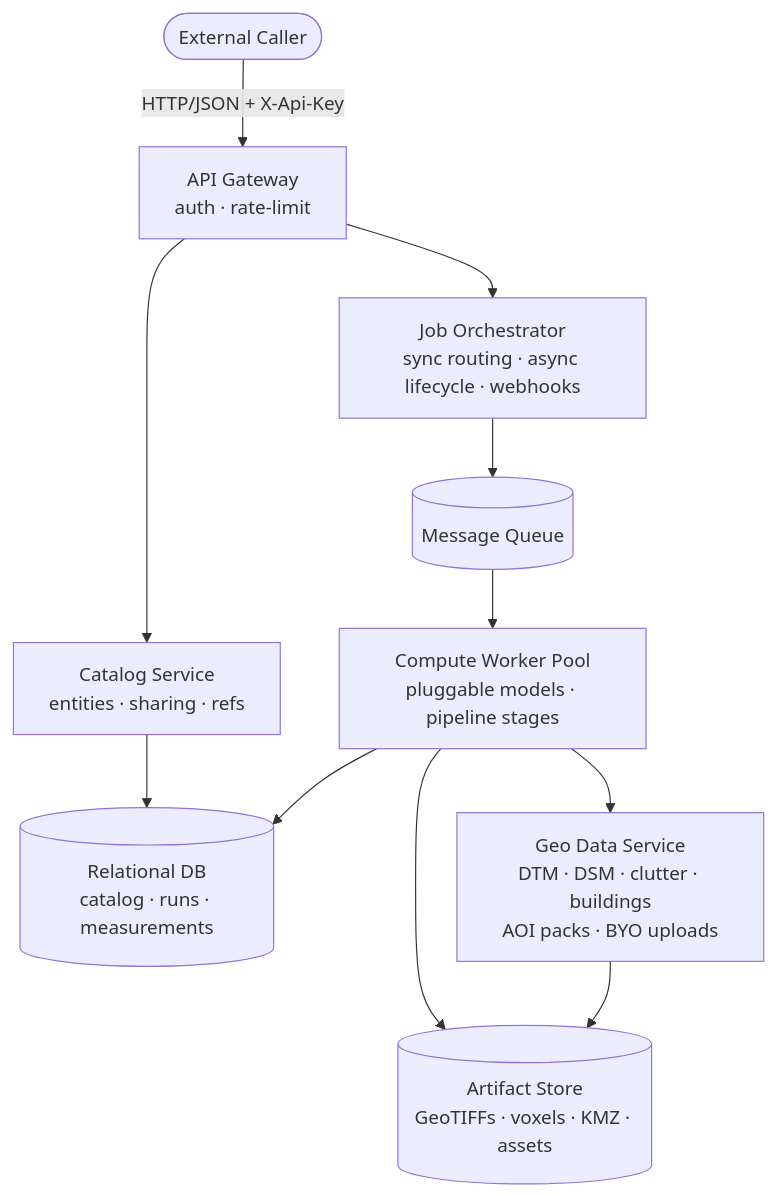
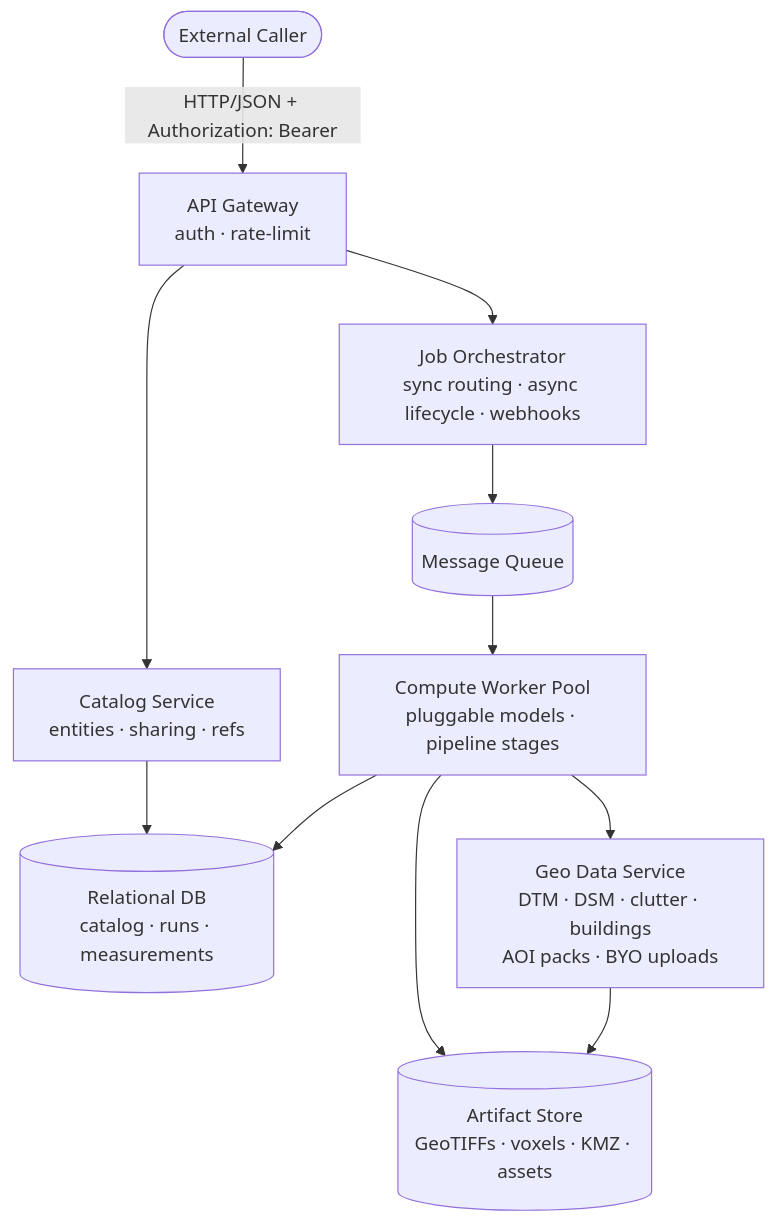
The first of 9 diagrams in docs/superpowers/specs/2026-04-25-rf-site-planning-api-design.md (larry-watkins-wps/RfAnalyzerAPI), drawn with Mermaid before and after one commit. The commit also changed other lines of this file and 4 other files, not shown here.

First line of the commit message:
Retire v3 audit findings: bearer auth, PvO + webhooks wiring, per-op scopes

````diff
--- a/docs/superpowers/specs/2026-04-25-rf-site-planning-api-design.md
+++ b/docs/superpowers/specs/2026-04-25-rf-site-planning-api-design.md
@@ -70,13 +70,13 @@
 ```mermaid
 flowchart TD
-    Caller([External Caller]) -->|HTTP/JSON + X-Api-Key| Gateway[API Gateway<br/>auth · rate-limit]
+    Caller([External Caller]) -->|HTTP/JSON + Authorization: Bearer| Gateway[API Gateway<br/>auth · rate-limit]
     Gateway --> Catalog[Catalog Service<br/>entities · sharing · refs]
     Gateway --> Orchestrator[Job Orchestrator<br/>sync routing · async lifecycle · webhooks]
     Orchestrator --> Queue[(Message Queue)]
     Queue --> Workers[Compute Worker Pool<br/>pluggable models · pipeline stages]
     Workers --> DB[(Relational DB<br/>catalog · runs · measurements)]
     Workers --> Artifacts[(Artifact Store<br/>GeoTIFFs · voxels · KMZ · assets)]
     Workers --> Geo[Geo Data Service<br/>DTM · DSM · clutter · buildings<br/>AOI packs · BYO uploads]
     Catalog --> DB
     Geo --> Artifacts
 ```
````
